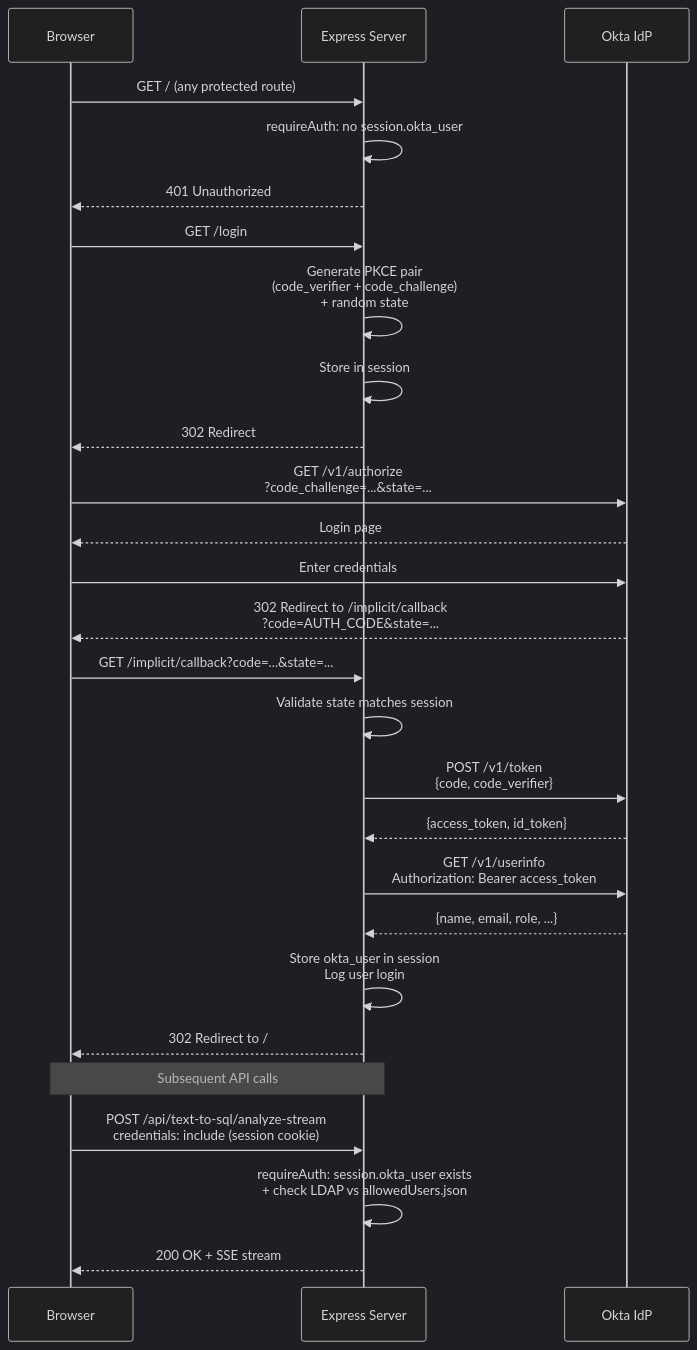
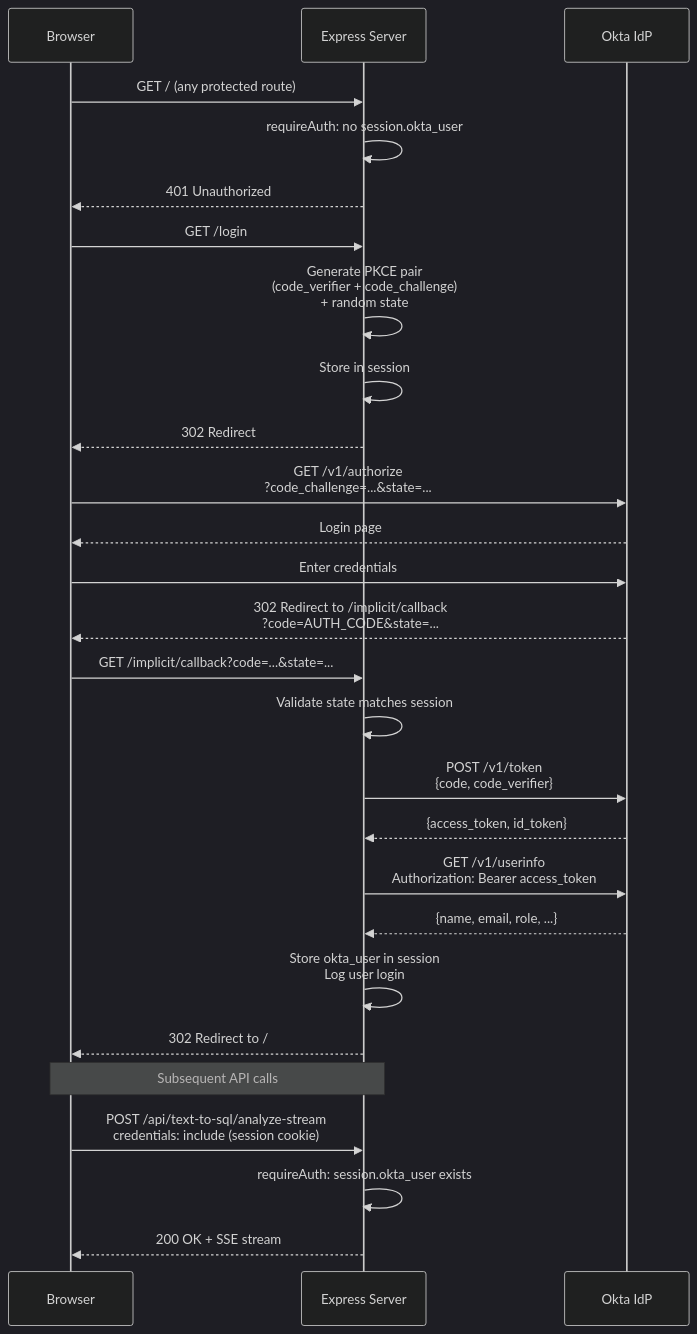
One commit to Hrishikesh-Dutta0078/SOE_Data_Agents changed diagram 14 of 17 in WORKFLOW_ARCHITECTURE.md. Above: the diagram before and after it, drawn with Mermaid (dark theme). The commit also changed 59 other files, not shown here.

````diff
--- a/WORKFLOW_ARCHITECTURE.md
+++ b/WORKFLOW_ARCHITECTURE.md
@@ -567,34 +567,34 @@
 ```mermaid
 sequenceDiagram
     participant B as Browser
     participant E as Express Server
     participant O as Okta IdP
 
     B->>E: GET / (any protected route)
     E->>E: requireAuth: no session.okta_user
     E-->>B: 401 Unauthorized
 
     B->>E: GET /login
     E->>E: Generate PKCE pair<br/>(code_verifier + code_challenge)<br/>+ random state
     E->>E: Store in session
     E-->>B: 302 Redirect
 
     B->>O: GET /v1/authorize<br/>?code_challenge=...&state=...
     O-->>B: Login page
     B->>O: Enter credentials
     O-->>B: 302 Redirect to /implicit/callback<br/>?code=AUTH_CODE&state=...
 
     B->>E: GET /implicit/callback?code=...&state=...
     E->>E: Validate state matches session
     E->>O: POST /v1/token<br/>{code, code_verifier}
     O-->>E: {access_token, id_token}
     E->>O: GET /v1/userinfo<br/>Authorization: Bearer access_token
     O-->>E: {name, email, role, ...}
     E->>E: Store okta_user in session<br/>Log user login
     E-->>B: 302 Redirect to /
 
     Note over B,E: Subsequent API calls
     B->>E: POST /api/text-to-sql/analyze-stream<br/>credentials: include (session cookie)
-    E->>E: requireAuth: session.okta_user exists<br/>+ check LDAP vs allowedUsers.json
+    E->>E: requireAuth: session.okta_user exists
     E-->>B: 200 OK + SSE stream
 ```
````
